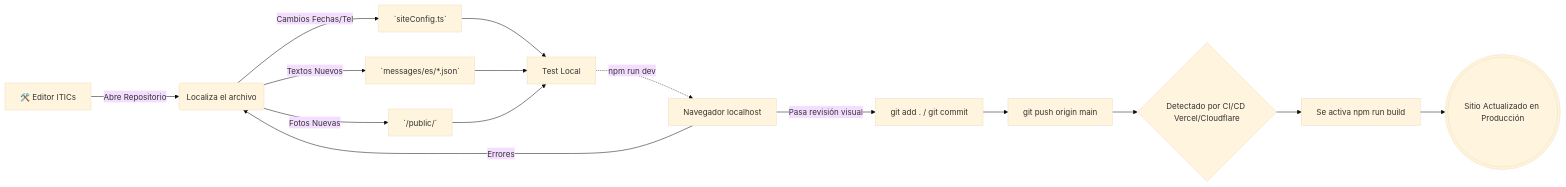
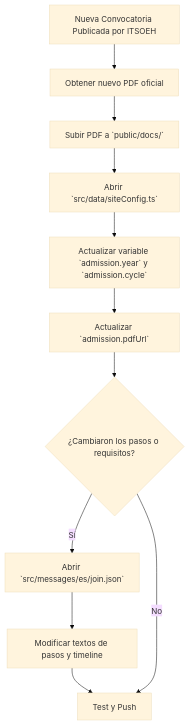
One commit to tics-itsoeh/itics-website changed the eighth of 9 diagrams in docs/diagrams.md. Above: the diagram before and after it, drawn with Mermaid (base theme). The commit also changed other lines of this file, not shown here.

Commit message:
docs: expand diagrams collection with specialized maintenance and data flows

````diff
--- a/docs/diagrams.md
+++ b/docs/diagrams.md
@@ -169,19 +214,16 @@
 ```mermaid
-flowchart LR
-    A[🛠️ Editor ITICs] -->|Abre Repositorio| B(Localiza el archivo)
+flowchart TD
+    A[Nueva Convocatoria Publicada por ITSOEH] --> B[Obtener nuevo PDF oficial]
+    B --> C[Subir PDF a `public/docs/`]
     
-    B -->|Cambios Fechas/Tel| C[`siteConfig.ts`]
-    B -->|Textos Nuevos| D[`messages/es/*.json`]
-    B -->|Fotos Nuevas| E[`/public/`]
+    C --> D[Abrir `src/data/siteConfig.ts`]
+    D --> E[Actualizar variable `admission.year` y `admission.cycle`]
+    E --> F[Actualizar `admission.pdfUrl`]
     
-    C & D & E --> F[Test Local]
-    F -.->|npm run dev| G[Navegador localhost]
+    F --> G{¿Cambiaron los pasos o requisitos?}
+    G -- Sí --> H[Abrir `src/messages/es/join.json`]
+    H --> I[Modificar textos de pasos y timeline]
+    I --> J[Test y Push]
     
-    G -->|Errores| B
-    G -->|Pasa revisión visual| H[git add . / git commit]
-    H --> I[git push origin main]
-    
-    I --> J{Detectado por CI/CD Vercel/Cloudflare}
-    J --> K[Se activa npm run build]
-    K --> L(((Sitio Actualizado en Producción)))
+    G -- No --> J
 ```
````
